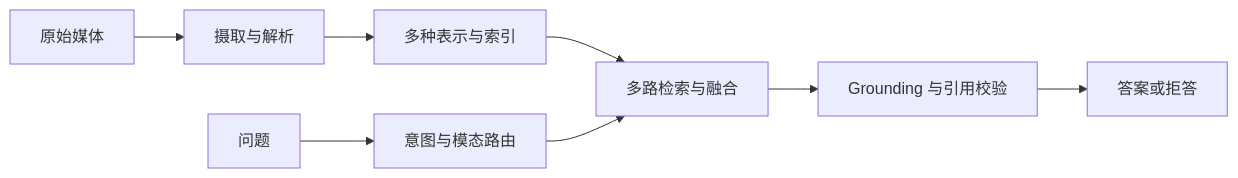
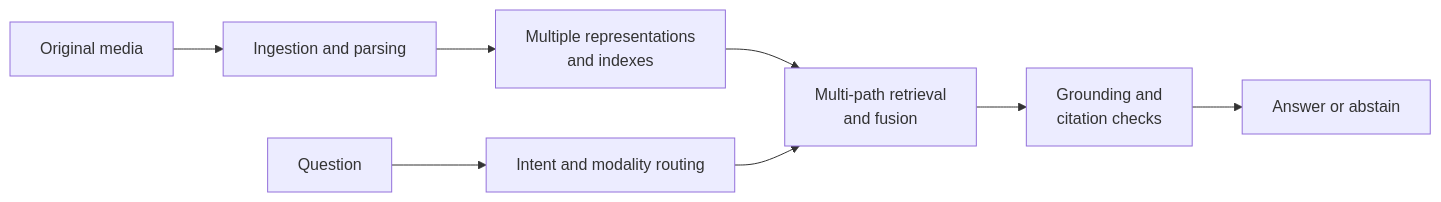
Before and after one commit to oneleaveknowsthefall/awesome-ai-roadmap: the diagram in docs/rag/04-advanced/21-multimodal-rag.md, drawn with Mermaid. The commit also changed other lines of this file and 60 other files, not shown here.

````diff
--- a/docs/rag/04-advanced/21-multimodal-rag.md
+++ b/docs/rag/04-advanced/21-multimodal-rag.md
@@ -13,10 +13,10 @@
 ```mermaid
 flowchart LR
-    A[原始媒体] --> B[摄取与解析]
-    B --> C[多种表示与索引]
-    Q[问题] --> D[意图与模态路由]
-    C --> E[多路检索与融合]
+    A[Original media] --> B[Ingestion and parsing]
+    B --> C[Multiple representations<br/>and indexes]
+    Q[Question] --> D[Intent and modality routing]
+    C --> E[Multi-path retrieval<br/>and fusion]
     D --> E
-    E --> F[Grounding 与引用校验]
-    F --> G[答案或拒答]
+    E --> F[Grounding and<br/>citation checks]
+    F --> G[Answer or abstain]
 ```
````
